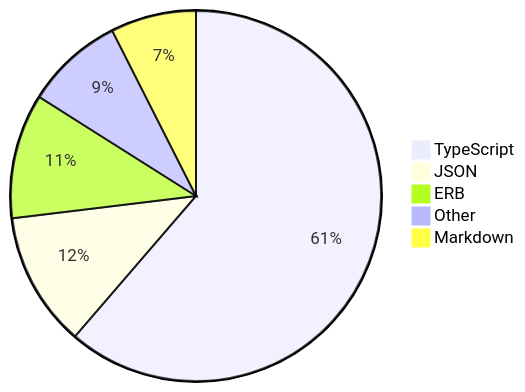
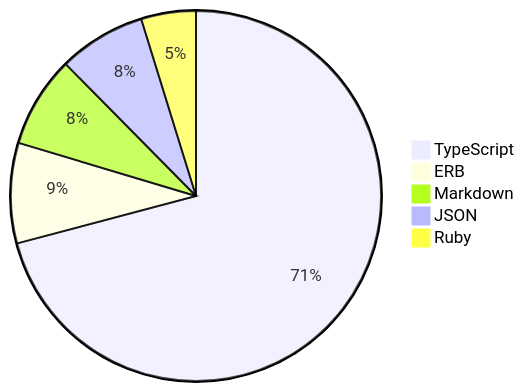
One commit to skvggor/skvggor changed the diagram in README.md. Above: the diagram before and after it, drawn with Mermaid.

Commit message:
Updated waka-readme graph with new metrics

````diff
--- a/README.md
+++ b/README.md
@@ -35,8 +35,8 @@
 ```mermaid
 pie
-    "TypeScript" : 50.1
-    "JSON" : 9.6
-    "ERB" : 8.9
-    "Other" : 7.0
-    "Markdown" : 6.1
+    "TypeScript" : 62.3
+    "ERB" : 7.7
+    "Markdown" : 7.0
+    "JSON" : 6.7
+    "Ruby" : 4.2
 ```
````
